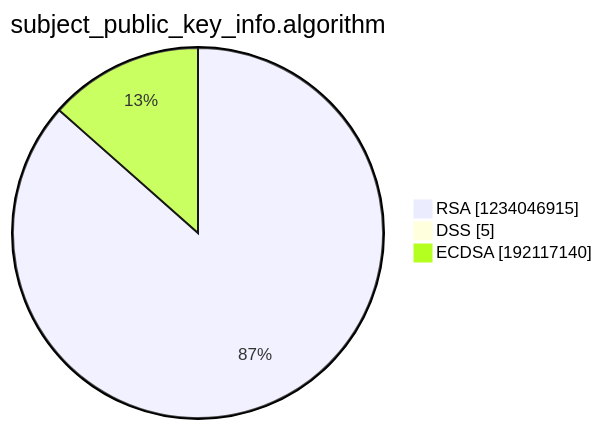
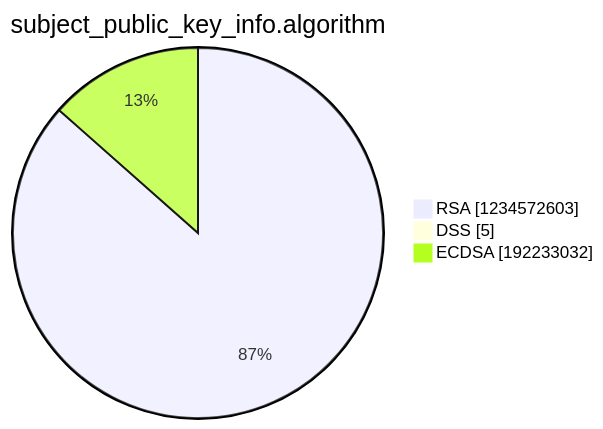
Before and after one commit to christiankrug/ctmonitor_visualization: the third of 15 diagrams in argon2022/README.md, drawn with Mermaid. The commit also changed other lines of this file, not shown here.

````diff
--- a/argon2022/README.md
+++ b/argon2022/README.md
@@ -14,7 +14,7 @@
 ```mermaid
 pie showData
 title subject_public_key_info.algorithm
-"RSA" :1234046915
+"RSA" :1234572603
 "DSS" :5
-"ECDSA" :192117140
+"ECDSA" :192233032
 ```
````
